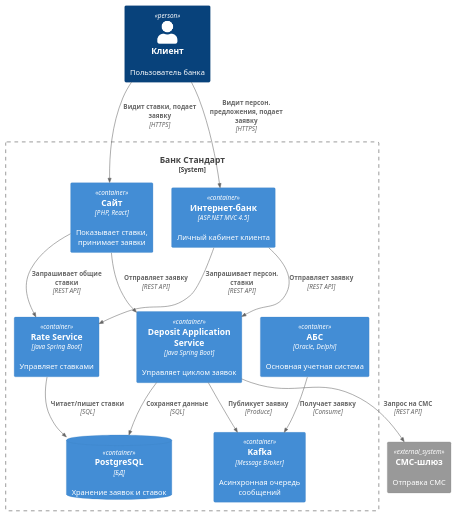
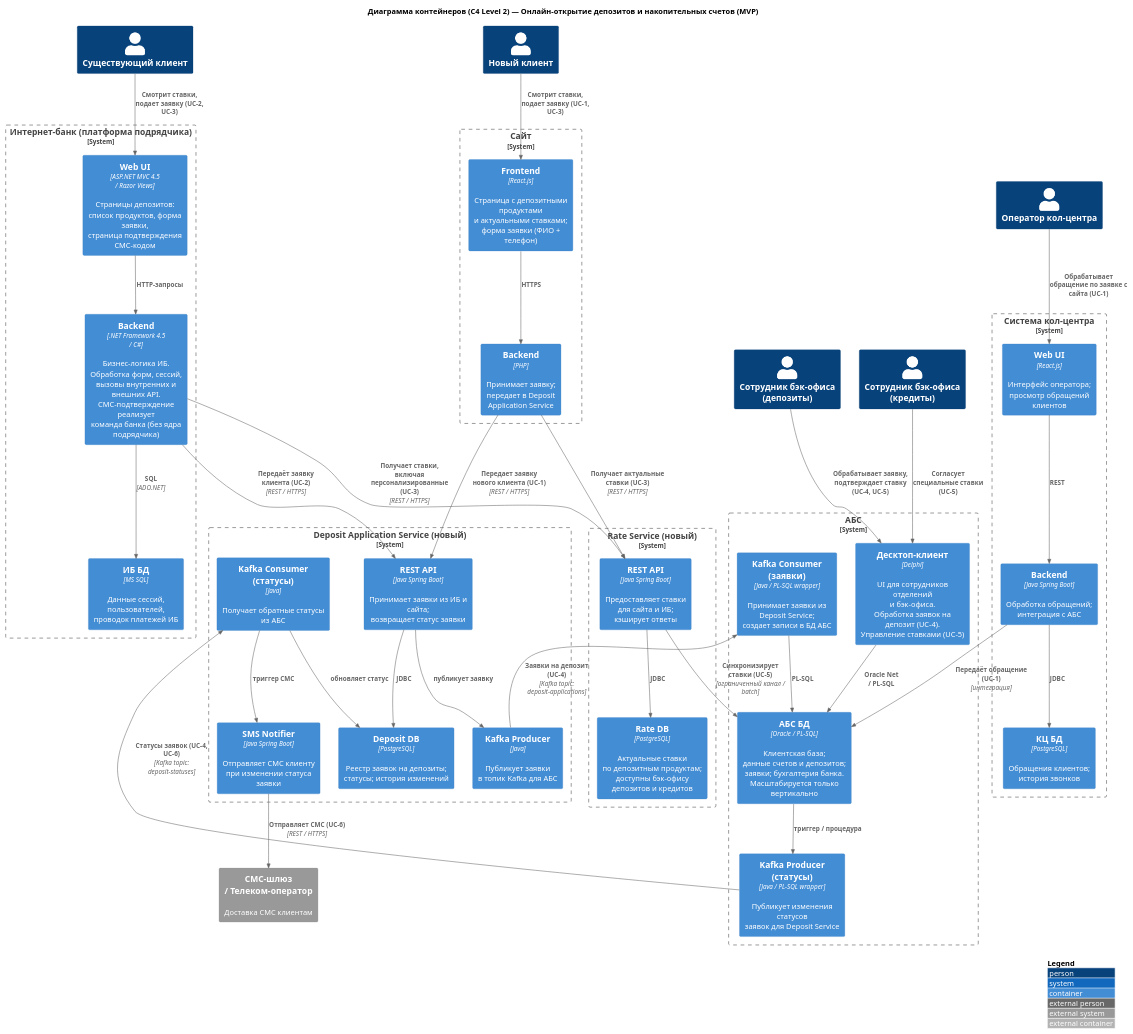
The diagram in Task3/Diagrams/c4-containers.puml (alexruek/architecture-pro-standart), drawn with PlantUML before and after one commit. The commit also changed 7 other files, not shown here.

```diff
--- a/Task3/Diagrams/c4-containers.puml
+++ b/Task3/Diagrams/c4-containers.puml
@@ -1,34 +1,119 @@
-@startuml
+@startuml c4-containers
 !include https://raw.githubusercontent.com/plantuml-stdlib/C4-PlantUML/master/C4_Container.puml
 
-Person(client, "Клиент", "Пользователь банка")
+LAYOUT_WITH_LEGEND()
 
-System_Boundary(bank_boundary, "Банк Стандарт") {
-    Container(website, "Сайт", "PHP, React", "Показывает ставки, принимает заявки")
-    Container(ib, "Интернет-банк", "ASP.NET MVC 4.5", "Личный кабинет клиента")
-    Container(deposit_service, "Deposit Application Service", "Java Spring Boot", "Управляет циклом заявок")
-    Container(rate_service, "Rate Service", "Java Spring Boot", "Управляет ставками")
-    ContainerDb(postgres, "PostgreSQL", "БД", "Хранение заявок и ставок")
-    Container(abs, "АБС", "Oracle, Delphi", "Основная учетная система")
-    Container(kafka, "Kafka", "Message Broker", "Асинхронная очередь сообщений")
+title Диаграмма контейнеров (C4 Level 2) — Онлайн-открытие депозитов и накопительных счетов (MVP)
+
+Person(new_client, "Новый клиент")
+Person(existing_client, "Существующий клиент")
+Person(backoffice_deposit, "Сотрудник бэк-офиса\n(депозиты)")
+Person(backoffice_credit, "Сотрудник бэк-офиса\n(кредиты)")
+Person(cc_operator, "Оператор кол-центра")
+
+' ──────────────────────────────────────────
+' ИНТЕРНЕТ-БАНК — детализация (требование задания)
+' ──────────────────────────────────────────
+System_Boundary(ibank_boundary, "Интернет-банк (платформа подрядчика)") {
+    Container(ibank_ui, "Web UI", "ASP.NET MVC 4.5\n/ Razor Views", "Страницы депозитов:\nсписок продуктов, форма заявки,\nстраница подтверждения СМС-кодом")
+    Container(ibank_backend, "Backend", ".NET Framework 4.5\n/ C#", "Бизнес-логика ИБ.\nОбработка форм, сессий,\nвызовы внутренних и внешних API.\nСМС-подтверждение реализует\nкоманда банка (без ядра подрядчика)")
+    Container(ibank_db, "ИБ БД", "MS SQL", "Данные сессий, пользователей,\nпроводок платежей ИБ")
+    Rel(ibank_ui, ibank_backend, "HTTP-запросы")
+    Rel(ibank_backend, ibank_db, "SQL", "ADO.NET")
 }
 
-System_Ext(sms_gateway, "СМС-шлюз", "Отправка СМС")
+' ──────────────────────────────────────────
+' САЙТ
+' ──────────────────────────────────────────
+System_Boundary(site_boundary, "Сайт") {
+    Container(site_ui, "Frontend", "React.js", "Страница с депозитными продуктами\nи актуальными ставками;\nформа заявки (ФИО + телефон)")
+    Container(site_backend, "Backend", "PHP", "Принимает заявку;\nпередает в Deposit Application Service")
+    Rel(site_ui, site_backend, "HTTPS")
+}
 
-Rel(client, website, "Видит ставки, подает заявку", "HTTPS")
-Rel(client, ib, "Видит персон. предложения, подает заявку", "HTTPS")
+' ──────────────────────────────────────────
+' DEPOSIT APPLICATION SERVICE
+' ──────────────────────────────────────────
+System_Boundary(das_boundary, "Deposit Application Service (новый)") {
+    Container(das_api, "REST API", "Java Spring Boot", "Принимает заявки из ИБ и сайта;\nвозвращает статус заявки")
+    Container(das_kafka_producer, "Kafka Producer", "Java", "Публикует заявки\nв топик Kafka для АБС")
+    Container(das_kafka_consumer, "Kafka Consumer\n(статусы)", "Java", "Получает обратные статусы\nиз АБС")
+    Container(das_sms, "SMS Notifier", "Java Spring Boot", "Отправляет СМС клиенту\nпри изменении статуса заявки")
+    Container(das_db, "Deposit DB", "PostgreSQL", "Реестр заявок на депозиты;\nстатусы; история изменений")
+    Rel(das_api, das_db, "JDBC")
+    Rel(das_api, das_kafka_producer, "публикует заявку")
+    Rel(das_kafka_consumer, das_db, "обновляет статус")
+    Rel(das_kafka_consumer, das_sms, "триггер СМС")
+}
 
-Rel(website, rate_service, "Запрашивает общие ставки", "REST API")
-Rel(ib, rate_service, "Запрашивает персон. ставки", "REST API")
+' ──────────────────────────────────────────
+' RATE SERVICE (новый)
+' ──────────────────────────────────────────
+System_Boundary(rs_boundary, "Rate Service (новый)") {
+    Container(rs_api, "REST API", "Java Spring Boot", "Предоставляет ставки\nдля сайта и ИБ;\nкэширует ответы")
+    Container(rs_db, "Rate DB", "PostgreSQL", "Актуальные ставки\nпо депозитным продуктам;\nдоступны бэк-офису депозитов и кредитов")
+    Rel(rs_api, rs_db, "JDBC")
+}
 
-Rel(website, deposit_service, "Отправляет заявку", "REST API")
-Rel(ib, deposit_service, "Отправляет заявку", "REST API")
+' ──────────────────────────────────────────
+' АБС — детализация (требование задания)
+' ──────────────────────────────────────────
+System_Boundary(abs_boundary, "АБС") {
+    Container(abs_desktop, "Десктоп-клиент", "Delphi", "UI для сотрудников отделений\nи бэк-офиса.\nОбработка заявок на депозит (UC-4).\nУправление ставками (UC-5)")
+    Container(abs_kafka_consumer, "Kafka Consumer\n(заявки)", "Java / PL-SQL wrapper", "Принимает заявки из Deposit Service;\nсоздает записи в БД АБС")
+    Container(abs_kafka_producer, "Kafka Producer\n(статусы)", "Java / PL-SQL wrapper", "Публикует изменения статусов\nзаявок для Deposit Service")
+    Container(abs_db, "АБС БД", "Oracle / PL-SQL", "Клиентская база;\nданные счетов и депозитов;\nзаявки; бухгалтерия банка.\nМасштабируется только вертикально")
+    Rel(abs_desktop, abs_db, "Oracle Net\n/ PL-SQL")
+    Rel(abs_kafka_consumer, abs_db, "PL-SQL")
+    Rel(abs_db, abs_kafka_producer, "триггер / процедура")
+}
 
-Rel(deposit_service, postgres, "Сохраняет данные", "SQL")
-Rel(rate_service, postgres, "Читает/пишет ставки", "SQL")
+' ──────────────────────────────────────────
+' СИСТЕМА КОЛ-ЦЕНТРА
+' ──────────────────────────────────────────
+System_Boundary(cc_boundary, "Система кол-центра") {
+    Container(cc_ui, "Web UI", "React.js", "Интерфейс оператора;\nпросмотр обращений клиентов")
+    Container(cc_backend, "Backend", "Java Spring Boot", "Обработка обращений;\nинтеграция с АБС")
+    Container(cc_db, "КЦ БД", "PostgreSQL", "Обращения клиентов;\nистория звонков")
+    Rel(cc_ui, cc_backend, "REST")
+    Rel(cc_backend, cc_db, "JDBC")
+}
 
-Rel(deposit_service, kafka, "Публикует заявку", "Produce")
-Rel(abs, kafka, "Получает заявку", "Consume")
+' ──────────────────────────────────────────
+' ВНЕШНИЕ СИСТЕМЫ
+' ──────────────────────────────────────────
+System_Ext(sms_gw, "СМС-шлюз\n/ Телеком-оператор", "Доставка СМС клиентам")
 
-Rel(deposit_service, sms_gateway, "Запрос на СМС", "REST API")
+' ──────────────────────────────────────────
+' СВЯЗИ МЕЖДУ СИСТЕМАМИ
+' ──────────────────────────────────────────
+
+' Клиенты → системы
+Rel(new_client, site_ui, "Смотрит ставки, подает заявку (UC-1, UC-3)")
+Rel(existing_client, ibank_ui, "Смотрит ставки, подает заявку (UC-2, UC-3)")
+Rel(cc_operator, cc_ui, "Обрабатывает обращение по заявке с сайта (UC-1)")
+Rel(backoffice_deposit, abs_desktop, "Обрабатывает заявку, подтверждает ставку (UC-4, UC-5)")
+Rel(backoffice_credit, abs_desktop, "Согласует специальные ставки (UC-5)")
+
+' Сайт → сервисы
+Rel(site_backend, das_api, "Передает заявку нового клиента (UC-1)", "REST / HTTPS")
+Rel(site_backend, rs_api, "Получает актуальные ставки (UC-3)", "REST / HTTPS")
+
+' ИБ → сервисы
+Rel(ibank_backend, das_api, "Передаёт заявку клиента (UC-2)", "REST / HTTPS")
+Rel(ibank_backend, rs_api, "Получает ставки, включая персонализированные (UC-3)", "REST / HTTPS")
+
+' Deposit Service → АБС (async)
+Rel(das_kafka_producer, abs_kafka_consumer, "Заявки на депозит (UC-4)", "Kafka topic: deposit-applications")
+Rel(abs_kafka_producer, das_kafka_consumer, "Статусы заявок (UC-4, UC-6)", "Kafka topic: deposit-statuses")
+
+' Deposit Service → СМС
+Rel(das_sms, sms_gw, "Отправляет СМС (UC-6)", "REST / HTTPS")
+
+' Rate Service ↔ АБС
+Rel(rs_api, abs_db, "Синхронизирует ставки (UC-5)", "ограниченный канал / batch")
+
+' КЦ → АБС
+Rel(cc_backend, abs_db, "Передаёт обращение (UC-1)", "интеграция")
+
 @enduml
```
